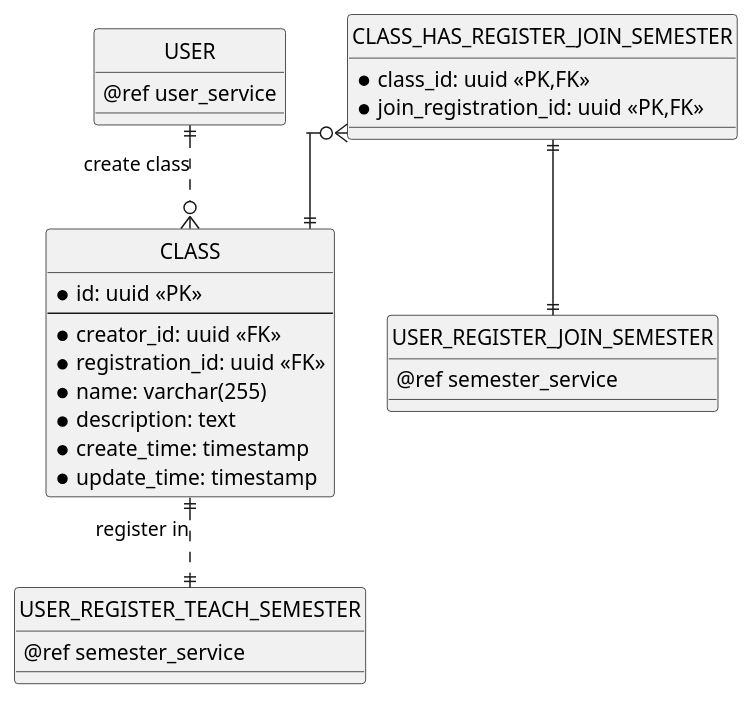
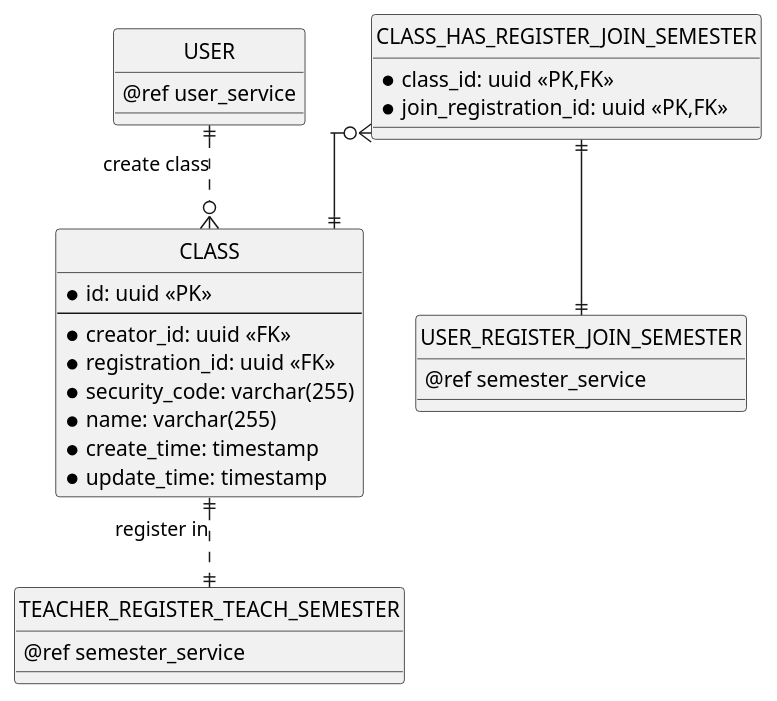
The seventh of 13 diagrams in erd.md (chungnguyenbkcse/ERD-USECASE-KIDSDRAWING), drawn with PlantUML before and after one commit. The commit also changed other lines of this file and 2 other files, not shown here.

````diff
--- a/erd.md
+++ b/erd.md
@@ -400,44 +372,44 @@
 ```plantuml
 @startuml class_service
 ' hide the spot
 hide circle
 
 ' avoid problems with angled crows feet
 skinparam linetype ortho
 
 entity "USER" as user {
     @ref user_service
 }
 
 entity "CLASS" as class {
     * id: uuid <<PK>>
     --
     * creator_id: uuid <<FK>>
     * registration_id: uuid <<FK>>
+    * security_code: varchar(255)
     * name: varchar(255)
-    * description: text
     * create_time: timestamp
     * update_time: timestamp
 }
 
 entity "CLASS_HAS_REGISTER_JOIN_SEMESTER" as user_join_class {
     * class_id: uuid <<PK,FK>>
     * join_registration_id: uuid <<PK,FK>>
 }
 
 entity "USER_REGISTER_JOIN_SEMESTER" as user_register_join_semester {
     @ref semester_service
 }
 
-entity "USER_REGISTER_TEACH_SEMESTER" as user_register_teach_semester {
+entity "TEACHER_REGISTER_TEACH_SEMESTER" as user_register_teach_semester {
     @ref semester_service
 }
 
 ' Class Relationship
 
 user ||..o{ class: create class
 user_join_class }o--|| class
 user_join_class ||--|| user_register_join_semester
 class ||..|| user_register_teach_semester: register in
 @enduml
 ```
````
